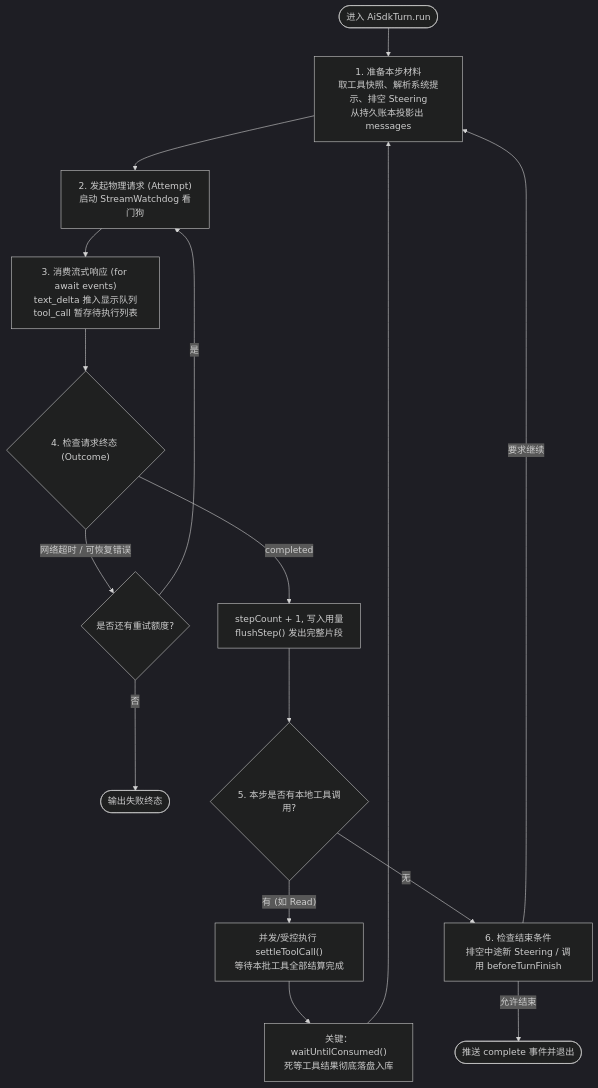
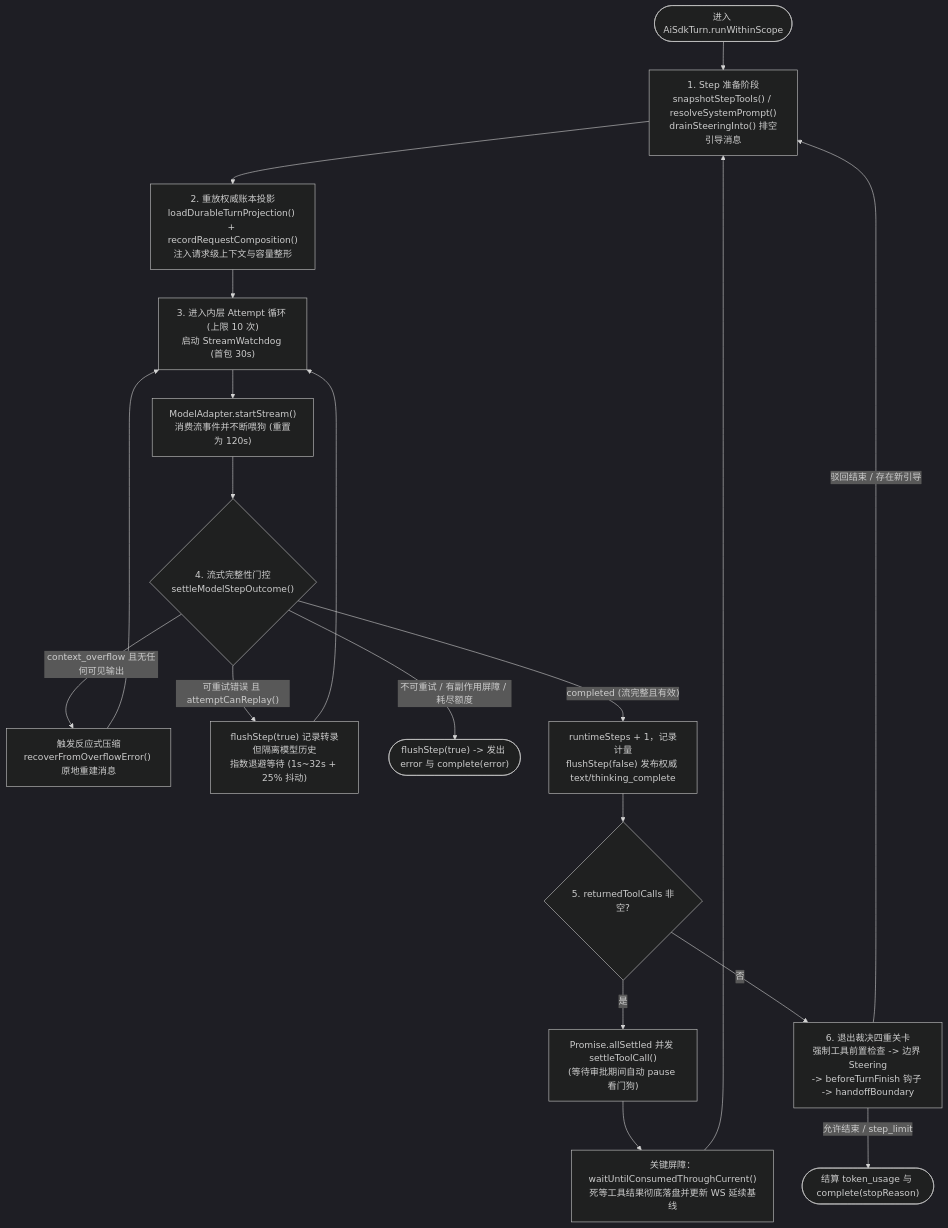
The diagram in maka-agent-infra/01-runtime/model-step.md (suger-m/agent-infrastructure-docs), drawn with Mermaid (dark theme) before and after one commit. The commit also changed other lines of this file and 31 other files, not shown here.

````diff
--- a/maka-agent-infra/01-runtime/model-step.md
+++ b/maka-agent-infra/01-runtime/model-step.md
@@ -28,22 +29,28 @@
 ```mermaid
 flowchart TD
-    Start(["进入 AiSdkTurn.run"]) --> Prep["1. 准备本步材料<br/>取工具快照、解析系统提示、排空 Steering<br/>从持久账本投影出 messages"]
-    Prep --> Attempt["2. 发起物理请求 (Attempt)<br/>启动 StreamWatchdog 看门狗"]
-    Attempt --> Stream["3. 消费流式响应 (for await events)<br/>text_delta 推入显示队列<br/>tool_call 暂存待执行列表"]
-    
-    Stream --> Outcome{"4. 检查请求终态 (Outcome)"}
-    Outcome -->|"网络超时 / 可恢复错误"| Retry{"是否还有重试额度?"}
-    Retry -->|"是"| Attempt
-    Retry -->|"否"| Fail(["输出失败终态"])
-    
-    Outcome -->|"completed"| CommitStep["stepCount + 1, 写入用量<br/>flushStep() 发出完整片段"]
-    CommitStep --> HasTool{"5. 本步是否有本地工具调用?"}
-    
-    HasTool -->|"有 (如 Read)"| ExecTool["并发/受控执行 settleToolCall()<br/>等待本批工具全部结算完成"]
-    ExecTool --> AckWait["关键：waitUntilConsumed()<br/>死等工具结果彻底落盘入库"]
+    Start(["进入 AiSdkTurn.runWithinScope"]) --> Prep["1. Step 准备阶段<br/>snapshotStepTools() / resolveSystemPrompt()<br/>drainSteeringInto() 排空引导消息"]
+    Prep --> LoadProj["2. 重放权威账本投影<br/>loadDurableTurnProjection() + recordRequestComposition()<br/>注入请求级上下文与容量整形"]
+    LoadProj --> AttemptInit["3. 进入内层 Attempt 循环 (上限 10 次)<br/>启动 StreamWatchdog (首包 30s)"]
+
+    AttemptInit --> SendReq["ModelAdapter.startStream()<br/>消费流事件并不断喂狗 (重置为 120s)"]
+    SendReq --> StreamCheck{"4. 流式完整性门控<br/>settleModelStepOutcome()"}
+
+    StreamCheck -->|"context_overflow 且无任何可见输出"| Compact["触发反应式压缩<br/>recoverFromOverflowError() 原地重建消息"]
+    Compact --> AttemptInit
+
+    StreamCheck -->|"可重试错误 且 attemptCanReplay()"| FlushPartial["flushStep(true) 记录转录但隔离模型历史<br/>指数退避等待 (1s~32s + 25% 抖动)"]
+    FlushPartial --> AttemptInit
+
+    StreamCheck -->|"不可重试 / 有副作用屏障 / 耗尽额度"| Fail(["flushStep(true) -> 发出 error 与 complete(error)"])
+
+    StreamCheck -->|"completed (流完整且有效)"| CommitStep["runtimeSteps + 1，记录计量<br/>flushStep(false) 发布权威 text/thinking_complete"]
+    CommitStep --> HasTools{"5. returnedToolCalls 非空?"}
+
+    HasTools -->|"是"| ExecTools["Promise.allSettled 并发 settleToolCall()<br/>(等待审批期间自动 pause 看门狗)"]
+    ExecTools --> AckWait["关键屏障：waitUntilConsumedThroughCurrent()<br/>死等工具结果彻底落盘并更新 WS 延续基线"]
     AckWait --> Prep
-    
-    HasTool -->|"无"| CheckFinish["6. 检查结束条件<br/>排空中途新 Steering / 调用 beforeTurnFinish"]
-    CheckFinish -->|"要求继续"| Prep
-    CheckFinish -->|"允许结束"| Complete(["推送 complete 事件并退出"])
+
+    HasTools -->|"否"| FinishGate["6. 退出裁决四重关卡<br/>强制工具前置检查 -> 边界 Steering<br/>-> beforeTurnFinish 钩子 -> handoffBoundary"]
+    FinishGate -->|"驳回结束 / 存在新引导"| Prep
+    FinishGate -->|"允许结束 / step_limit"| Done(["结算 token_usage 与 complete(stopReason)"])
 ```
````
